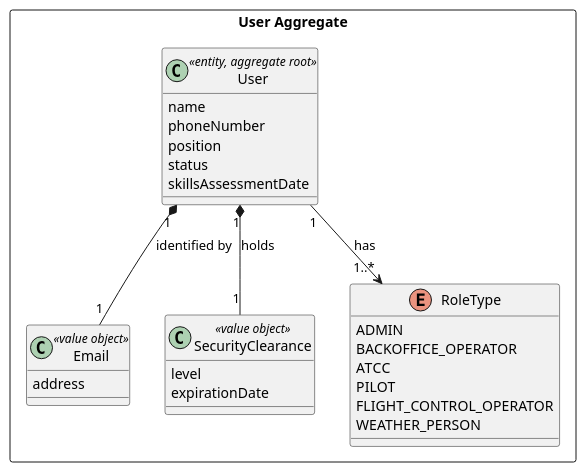
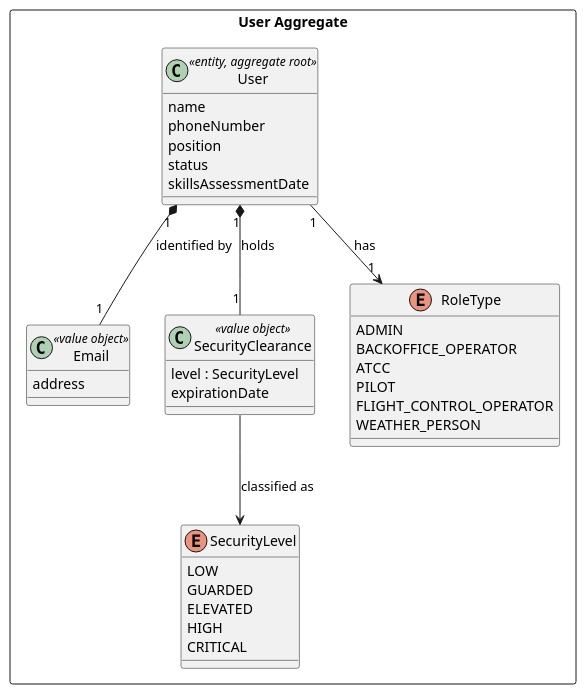
Before and after one commit to brunodspinto/aisafe: the diagram in aisafe.base/docs/user-stories/us031/puml/domain-model31.puml, drawn with PlantUML. The commit also changed 21 other files, not shown here.

```diff
--- a/aisafe.base/docs/user-stories/us031/puml/domain-model31.puml
+++ b/aisafe.base/docs/user-stories/us031/puml/domain-model31.puml
@@ -1,38 +1,47 @@
 @startuml domain_model
 skinparam shadowing false
 skinparam classAttributeIconSize 0
 
 package "User Aggregate" <<Rectangle>> {
 
     class User <<entity, aggregate root>> {
         name
         phoneNumber
         position
         status
         skillsAssessmentDate
     }
 
     class Email <<value object>> {
         address
     }
 
     class SecurityClearance <<value object>> {
-        level
+        level : SecurityLevel
         expirationDate
+    }
+
+    Enum SecurityLevel {
+        LOW
+        GUARDED
+        ELEVATED
+        HIGH
+        CRITICAL
     }
 
     Enum RoleType {
         ADMIN
         BACKOFFICE_OPERATOR
         ATCC
         PILOT
         FLIGHT_CONTROL_OPERATOR
         WEATHER_PERSON
     }
 }
 
 User "1" *-- "1" Email : "identified by"
 User "1" *-- "1" SecurityClearance : "holds"
-User "1" --> "1..*" RoleType : "has"
+SecurityClearance --> SecurityLevel : "classified as"
+User "1" --> "1" RoleType : "has"
 
 @enduml
```
